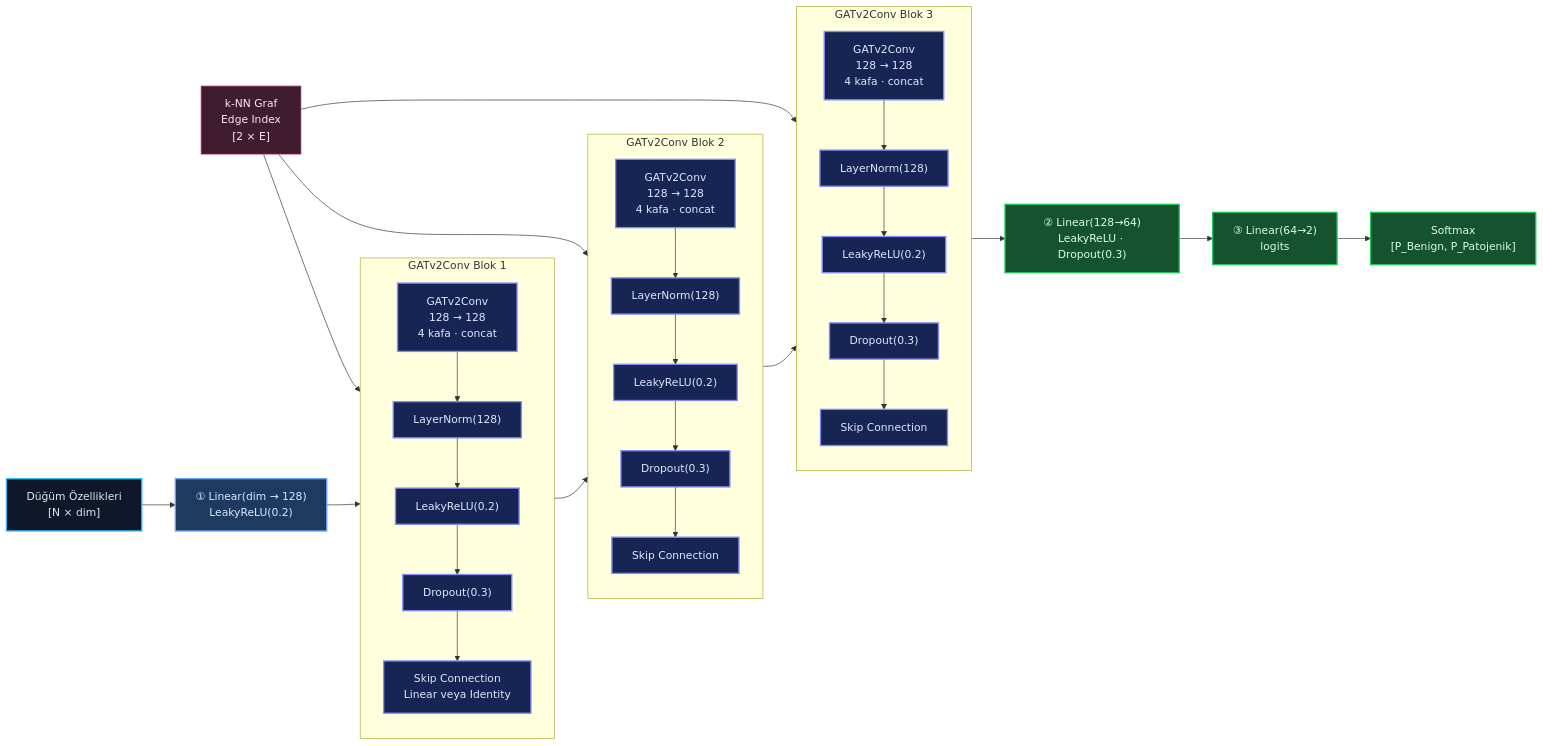
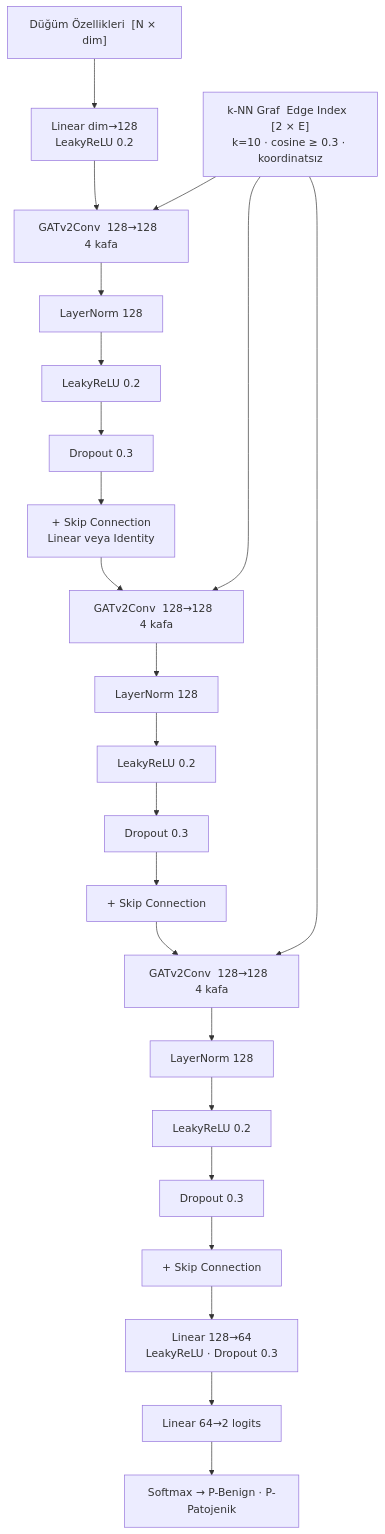
One commit to msgxr/VARIANT-GNN changed the second of 16 diagrams in README.md. Above: the diagram before and after it, drawn with Mermaid. The commit also changed other lines of this file, not shown here.

````diff
--- a/README.md
+++ b/README.md
@@ -203,50 +170,33 @@
 ```mermaid
-flowchart LR
-    classDef inp  fill:#0f172a,stroke:#38bdf8,color:#e2e8f0,stroke-width:2px
-    classDef proj fill:#1e3a5f,stroke:#60a5fa,color:#dbeafe,stroke-width:2px
-    classDef blk  fill:#172554,stroke:#818cf8,color:#e0e7ff,stroke-width:2px
-    classDef cls  fill:#14532d,stroke:#22c55e,color:#dcfce7,stroke-width:2px
-    classDef edge fill:#3f1d2e,stroke:#f472b6,color:#fce7f3,stroke-width:1px
+flowchart TD
+    IN["Düğüm Özellikleri  [N × dim]"]
+    EI["k-NN Graf  Edge Index  [2 × E]\nk=10 · cosine ≥ 0.3 · koordinatsız"]
 
-    N["Düğüm Özellikleri\n[N × dim]"]:::inp
-    E["k-NN Graf\nEdge Index\n[2 × E]"]:::edge
-    PROJ["① Linear(dim → 128)\nLeakyReLU(0.2)"]:::proj
+    IN --> PR["Linear dim→128\nLeakyReLU 0.2"]
 
-    subgraph B1 ["GATv2Conv Blok 1"]
-        direction TB
-        G1["GATv2Conv\n128 → 128\n4 kafa · concat"]:::blk
-        LN1["LayerNorm(128)"]:::blk
-        LR1["LeakyReLU(0.2)"]:::blk
-        D1["Dropout(0.3)"]:::blk
-        SK1["Skip Connection\nLinear veya Identity"]:::blk
-        G1-->LN1-->LR1-->D1-->SK1
-    end
+    PR --> GA1["GATv2Conv  128→128  4 kafa"]
+    GA1 --> LN1["LayerNorm 128"]
+    LN1 --> LR1["LeakyReLU 0.2"]
+    LR1 --> DR1["Dropout 0.3"]
+    DR1 --> SK1["+ Skip Connection\nLinear veya Identity"]
 
-    subgraph B2 ["GATv2Conv Blok 2"]
-        direction TB
-        G2["GATv2Conv\n128 → 128\n4 kafa · concat"]:::blk
-        LN2["LayerNorm(128)"]:::blk
-        LR2["LeakyReLU(0.2)"]:::blk
-        D2["Dropout(0.3)"]:::blk
-        SK2["Skip Connection"]:::blk
-        G2-->LN2-->LR2-->D2-->SK2
-    end
+    SK1 --> GA2["GATv2Conv  128→128  4 kafa"]
+    GA2 --> LN2["LayerNorm 128"]
+    LN2 --> LR2["LeakyReLU 0.2"]
+    LR2 --> DR2["Dropout 0.3"]
+    DR2 --> SK2["+ Skip Connection"]
 
-    subgraph B3 ["GATv2Conv Blok 3"]
-        direction TB
-        G3["GATv2Conv\n128 → 128\n4 kafa · concat"]:::blk
-        LN3["LayerNorm(128)"]:::blk
-        LR3["LeakyReLU(0.2)"]:::blk
-        D3["Dropout(0.3)"]:::blk
-        SK3["Skip Connection"]:::blk
-        G3-->LN3-->LR3-->D3-->SK3
-    end
+    SK2 --> GA3["GATv2Conv  128→128  4 kafa"]
+    GA3 --> LN3["LayerNorm 128"]
+    LN3 --> LR3["LeakyReLU 0.2"]
+    LR3 --> DR3["Dropout 0.3"]
+    DR3 --> SK3["+ Skip Connection"]
 
-    CLS1["② Linear(128→64)\nLeakyReLU · Dropout(0.3)"]:::cls
-    CLS2["③ Linear(64→2)\nlogits"]:::cls
-    SOFT["Softmax\n[P_Benign, P_Patojenik]"]:::cls
+    SK3 --> CL1["Linear 128→64\nLeakyReLU · Dropout 0.3"]
+    CL1 --> CL2["Linear 64→2  logits"]
+    CL2 --> OUT["Softmax → P-Benign · P-Patojenik"]
 
-    N --> PROJ
-    E --> B1 & B2 & B3
-    PROJ --> B1 --> B2 --> B3 --> CLS1 --> CLS2 --> SOFT
+    EI --> GA1
+    EI --> GA2
+    EI --> GA3
 ```
````
